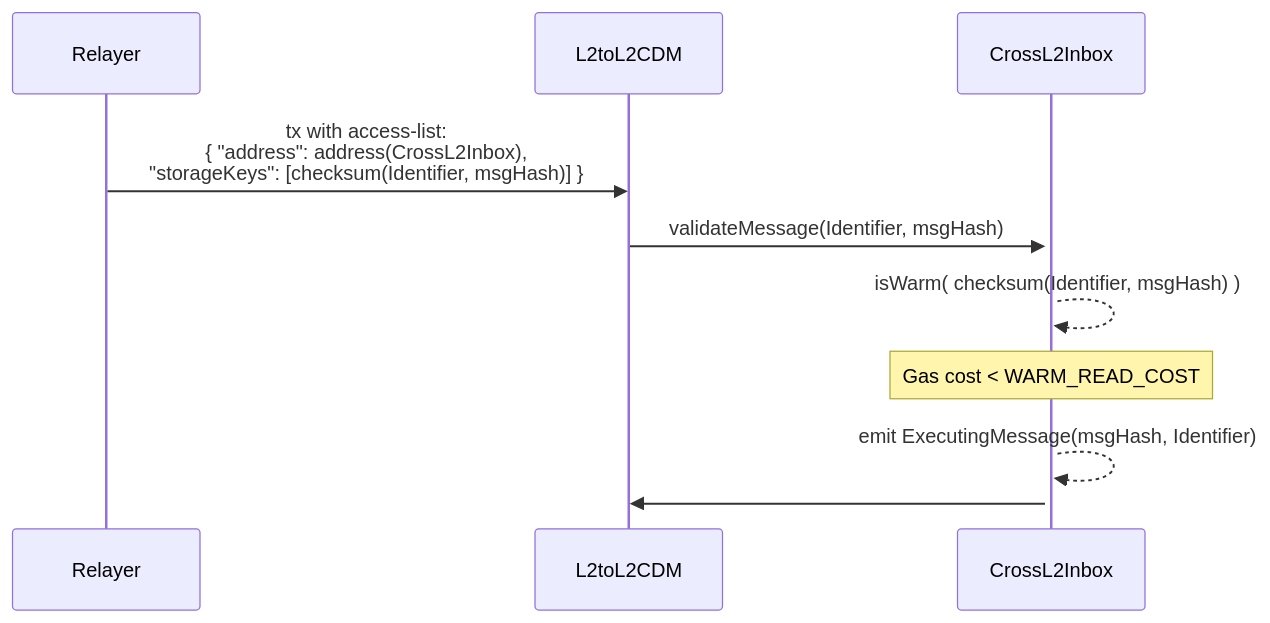
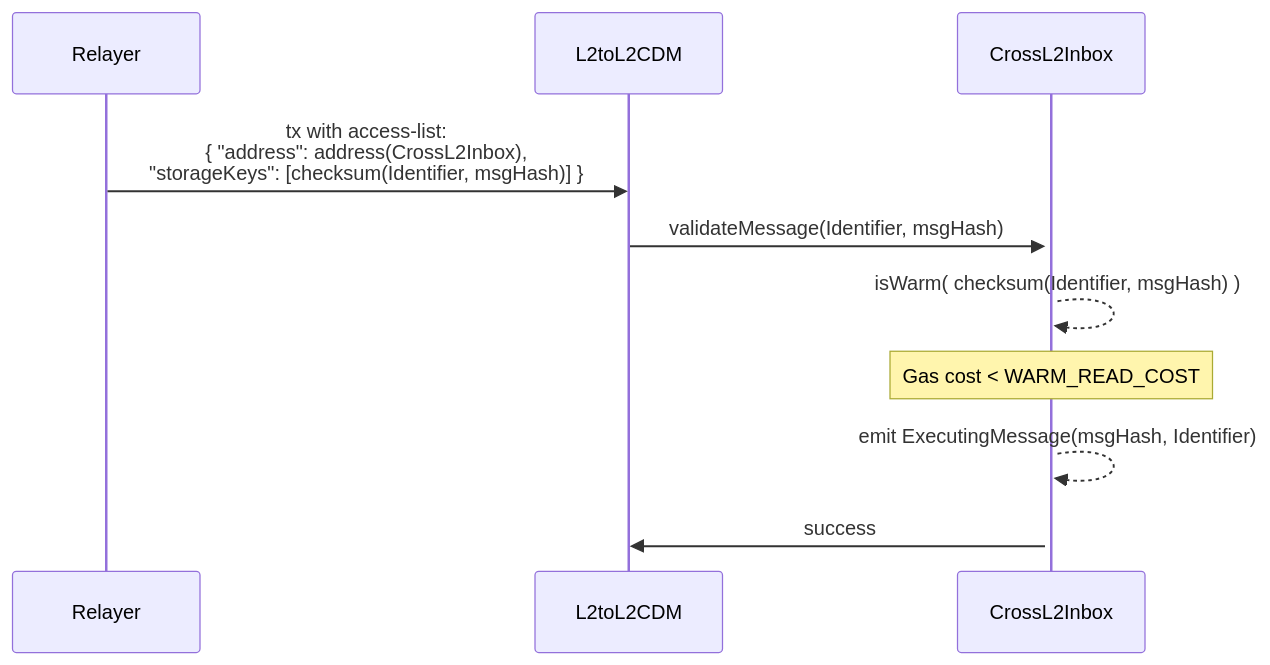
Before and after one commit to ethereum-optimism/design-docs: the first of 2 diagrams in protocol/interop-access-list.md, drawn with Mermaid.

````diff
--- a/protocol/interop-access-list.md
+++ b/protocol/interop-access-list.md
@@ -68,9 +68,9 @@
 ```mermaid
 sequenceDiagram
     Relayer->>L2toL2CDM: tx with access-list: <br>{ "address": address(CrossL2Inbox), <br>"storageKeys": [checksum(Identifier, msgHash)] }
     L2toL2CDM->>+CrossL2Inbox: validateMessage(Identifier, msgHash)
     CrossL2Inbox-->>CrossL2Inbox: isWarm( checksum(Identifier, msgHash) )
     Note over CrossL2Inbox: Gas cost < WARM_READ_COST
     CrossL2Inbox-->>CrossL2Inbox: emit ExecutingMessage(msgHash, Identifier)
-    CrossL2Inbox->>L2toL2CDM:
+    CrossL2Inbox->>L2toL2CDM: success
 ```
````
